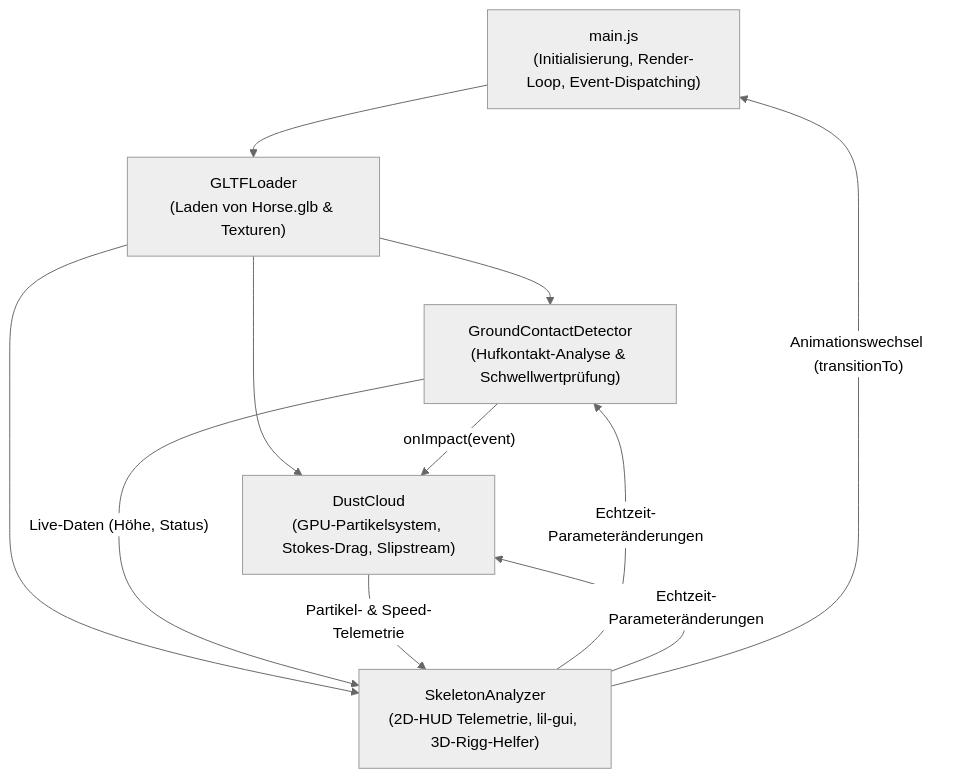
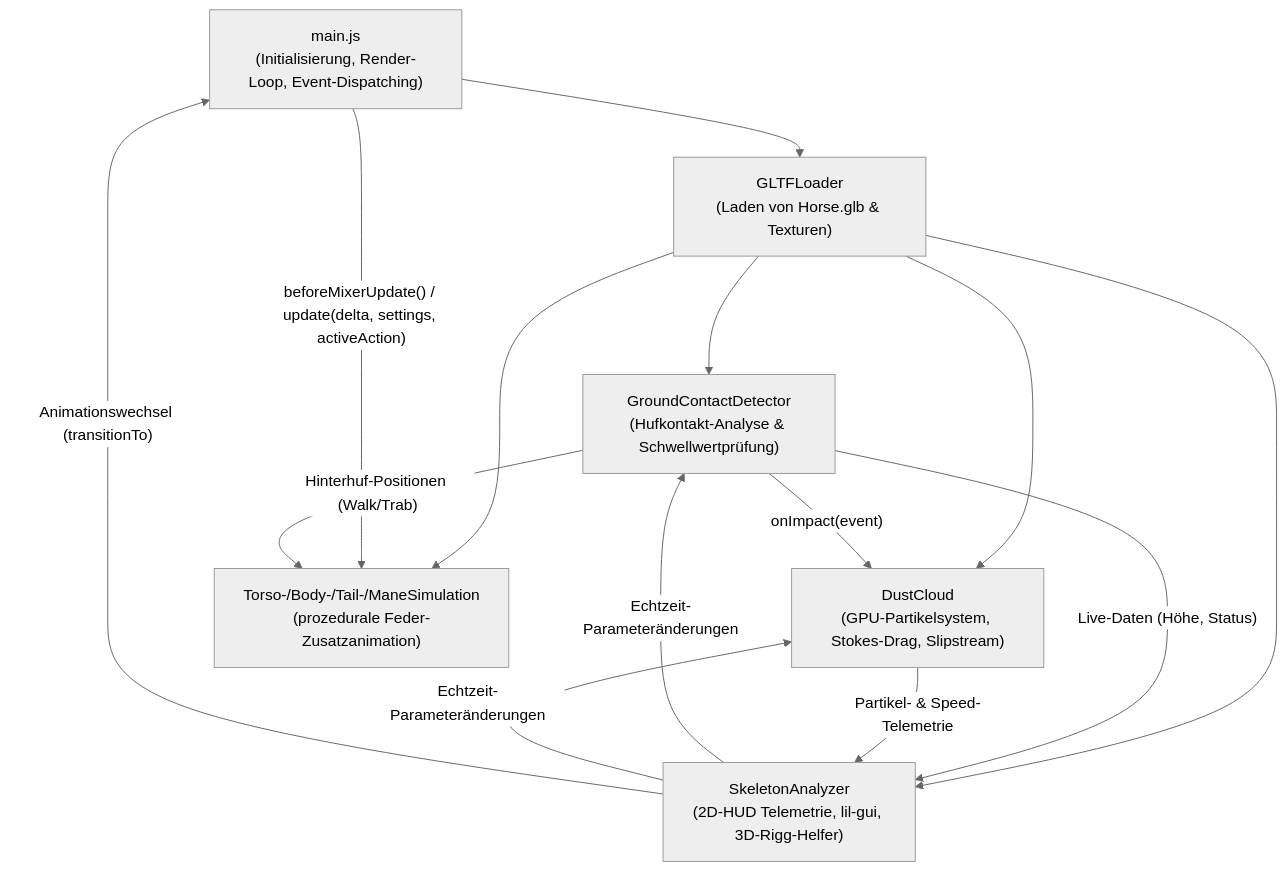
Before and after one commit to DanielBurro/animation-abgabe: the first of 2 diagrams in README.md, drawn with Mermaid (neutral theme). The commit also changed other lines of this file, not shown here.

Commit message:
Update README.md to include procedural animation details for mane, body, and tail

````diff
--- a/README.md
+++ b/README.md
@@ -40,19 +47,23 @@
 ```mermaid
 graph TD
     Main["main.js<br/>(Initialisierung, Render-Loop, Event-Dispatching)"]
     GLTF["GLTFLoader<br/>(Laden von Horse.glb & Texturen)"]
     Contact["GroundContactDetector<br/>(Hufkontakt-Analyse & Schwellwertprüfung)"]
     Dust["DustCloud<br/>(GPU-Partikelsystem, Stokes-Drag, Slipstream)"]
     UI["SkeletonAnalyzer<br/>(2D-HUD Telemetrie, lil-gui, 3D-Rigg-Helfer)"]
+    Procedural["Torso-/Body-/Tail-/ManeSimulation<br/>(prozedurale Feder-Zusatzanimation)"]
 
     Main --> GLTF
     GLTF --> Contact
     GLTF --> Dust
     GLTF --> UI
+    GLTF --> Procedural
+    Main -- "beforeMixerUpdate() / update(delta, settings, activeAction)" --> Procedural
+    Contact -- "Hinterhuf-Positionen (Walk/Trab)" --> Procedural
     Contact -- "onImpact(event)" --> Dust
     Contact -- "Live-Daten (Höhe, Status)" --> UI
     Dust -- "Partikel- & Speed-Telemetrie" --> UI
     UI -- "Echtzeit-Parameteränderungen" --> Contact
     UI -- "Echtzeit-Parameteränderungen" --> Dust
     UI -- "Animationswechsel (transitionTo)" --> Main
 ```
````
